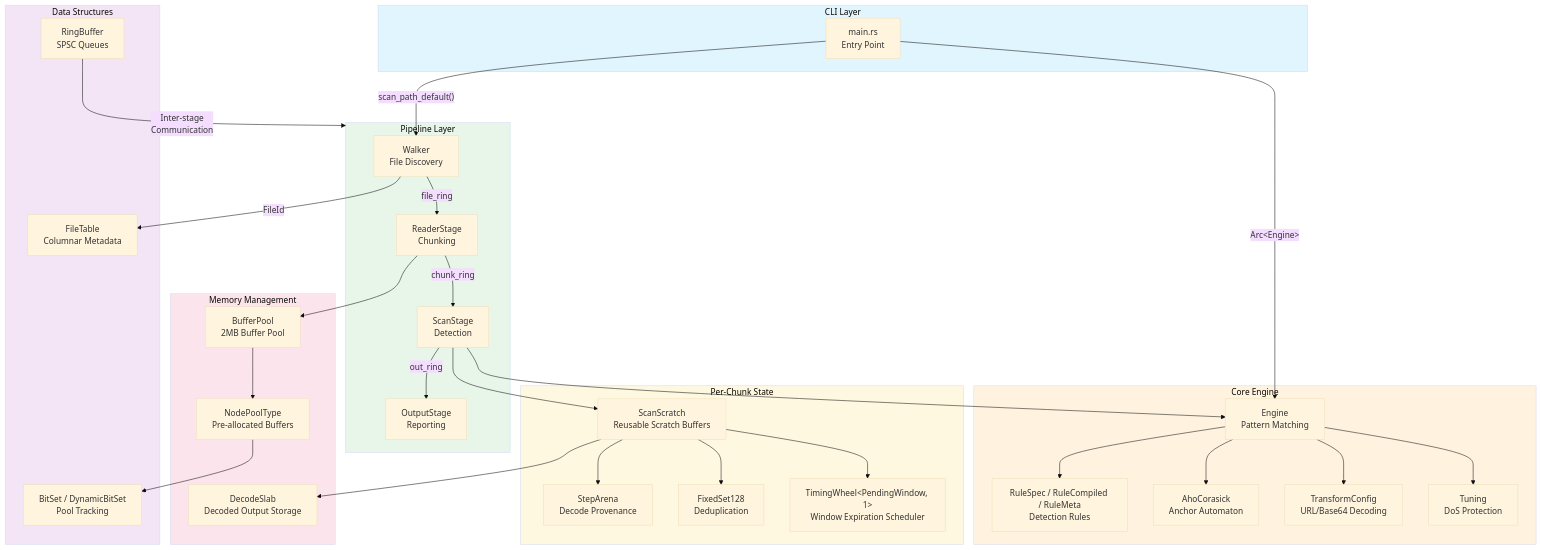
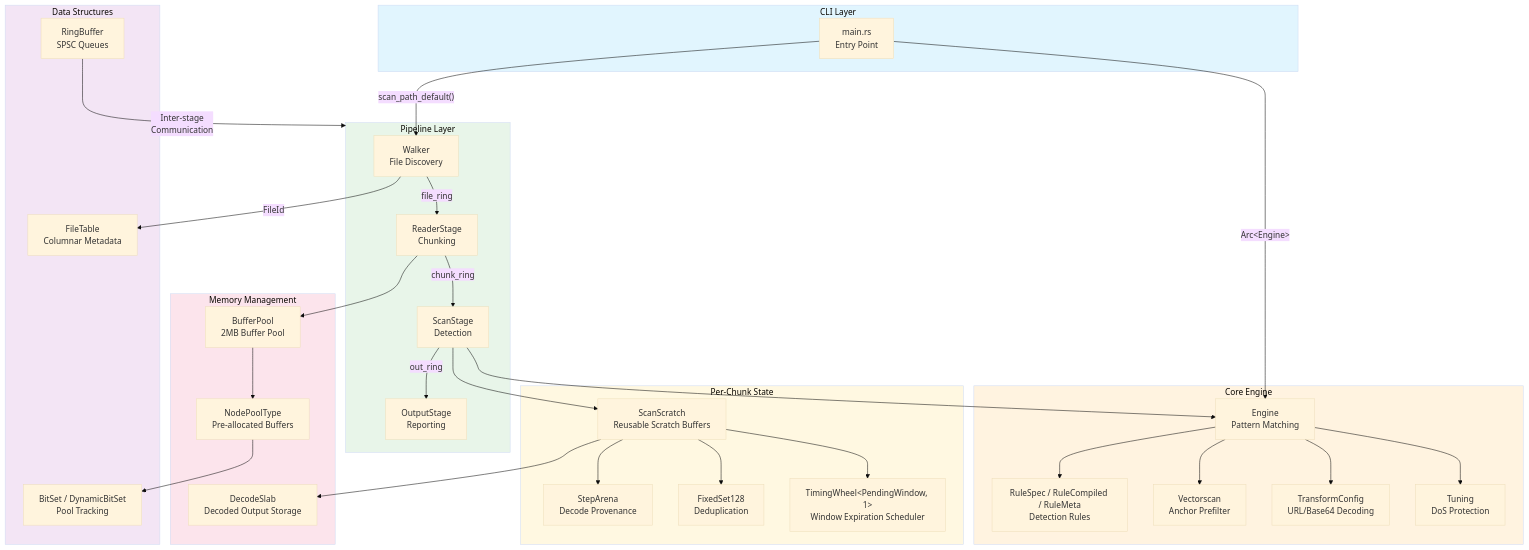
Before and after one commit to ahrav/scratch-scanner-rs: the diagram in docs/architecture-overview.md, drawn with Mermaid (base theme). The commit also changed other lines of this file and 19 other files, not shown here.

First line of the commit message:
Refactor: Replace AhoCorasick with Vectorscan for anchor matching

````diff
--- a/docs/architecture-overview.md
+++ b/docs/architecture-overview.md
@@ -5,73 +5,73 @@
 ```mermaid
 graph TB
     subgraph CLI["CLI Layer"]
         Main["main.rs<br/>Entry Point"]
     end
 
     subgraph Core["Core Engine"]
         Engine["Engine<br/>Pattern Matching"]
         Rules["RuleSpec / RuleCompiled / RuleMeta<br/>Detection Rules"]
-        AC["AhoCorasick<br/>Anchor Automaton"]
+        VS["Vectorscan<br/>Anchor Prefilter"]
         Transforms["TransformConfig<br/>URL/Base64 Decoding"]
         Tuning["Tuning<br/>DoS Protection"]
     end
 
     subgraph Pipeline["Pipeline Layer"]
         Walker["Walker<br/>File Discovery"]
         Reader["ReaderStage<br/>Chunking"]
         Scanner["ScanStage<br/>Detection"]
         Output["OutputStage<br/>Reporting"]
     end
 
     subgraph Memory["Memory Management"]
         BufferPool["BufferPool<br/>2MB Buffer Pool"]
         NodePool["NodePoolType<br/>Pre-allocated Buffers"]
         DecodeSlab["DecodeSlab<br/>Decoded Output Storage"]
     end
 
     subgraph DataStructures["Data Structures"]
         RingBuffer["RingBuffer<br/>SPSC Queues"]
         BitSet["BitSet / DynamicBitSet<br/>Pool Tracking"]
         FileTable["FileTable<br/>Columnar Metadata"]
     end
 
     subgraph State["Per-Chunk State"]
         ScanScratch["ScanScratch<br/>Reusable Scratch Buffers"]
         StepArena["StepArena<br/>Decode Provenance"]
         FixedSet128["FixedSet128<br/>Deduplication"]
         TimingWheel["TimingWheel&lt;PendingWindow, 1&gt;<br/>Window Expiration Scheduler"]
     end
 
     Main --> |"Arc&lt;Engine&gt;"| Engine
     Main --> |"scan_path_default()"| Walker
 
     Engine --> Rules
-    Engine --> AC
+    Engine --> VS
     Engine --> Transforms
     Engine --> Tuning
 
     Walker --> |"FileId"| FileTable
     Walker --> |"file_ring"| Reader
     Reader --> |"chunk_ring"| Scanner
     Scanner --> |"out_ring"| Output
 
     Reader --> BufferPool
     BufferPool --> NodePool
     NodePool --> BitSet
 
     Scanner --> Engine
     Scanner --> ScanScratch
     ScanScratch --> DecodeSlab
     ScanScratch --> StepArena
     ScanScratch --> FixedSet128
     ScanScratch --> TimingWheel
 
     RingBuffer --> |"Inter-stage<br/>Communication"| Pipeline
 
     style CLI fill:#e1f5fe
     style Core fill:#fff3e0
     style Pipeline fill:#e8f5e9
     style Memory fill:#fce4ec
     style DataStructures fill:#f3e5f5
     style State fill:#fff8e1
 ```
````
